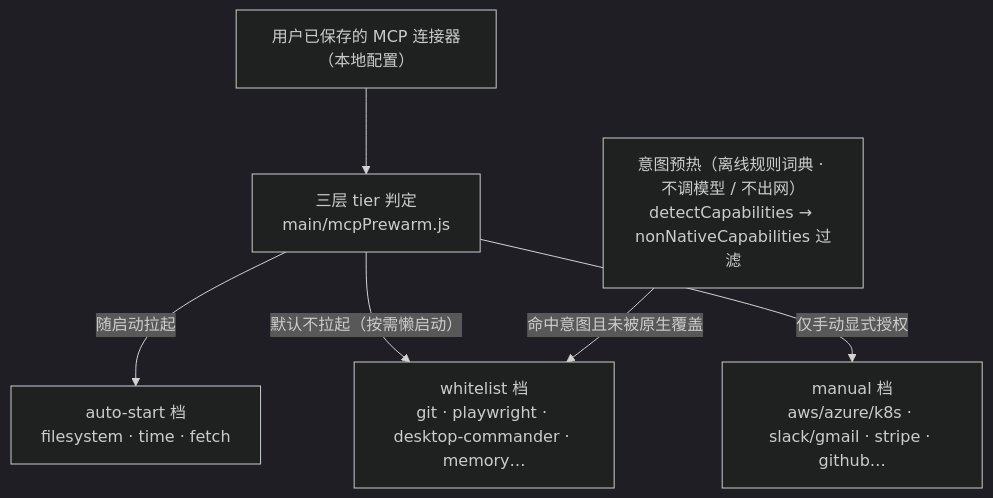
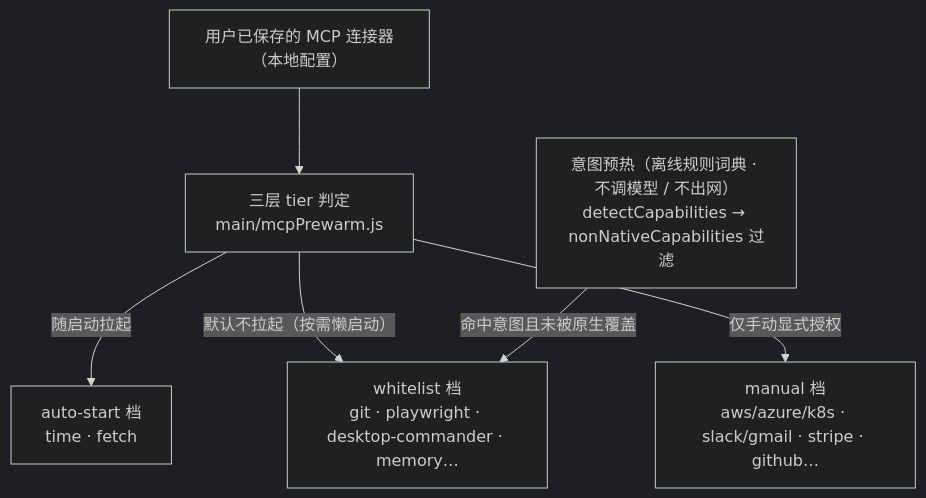
One commit to jasonma1210/MJCoder changed the fourth of 7 diagrams in MJcoder-技术流程功能文档.md. Above: the diagram before and after it, drawn with Mermaid (dark theme). The commit also changed other lines of this file and 37 other files, not shown here.

````diff
--- a/MJcoder-技术流程功能文档.md
+++ b/MJcoder-技术流程功能文档.md
@@ -509,15 +511,15 @@
 ```mermaid
 flowchart TB
     U["用户已保存的 MCP 连接器（本地配置）"]
     T["三层 tier 判定<br/>main/mcpPrewarm.js"]
-    A["auto-start 档<br/>filesystem · time · fetch"]
+    A["auto-start 档<br/>time · fetch"]
     W["whitelist 档<br/>git · playwright · desktop-commander · memory…"]
     M["manual 档<br/>aws/azure/k8s · slack/gmail · stripe · github…"]
     P["意图预热（离线规则词典 · 不调模型 / 不出网）<br/>detectCapabilities → nonNativeCapabilities 过滤"]
 
     U --> T
     T -- "随启动拉起" --> A
     T -- "默认不拉起（按需懒启动）" --> W
     T -- "仅手动显式授权" --> M
     P -- "命中意图且未被原生覆盖" --> W
 ```
````
